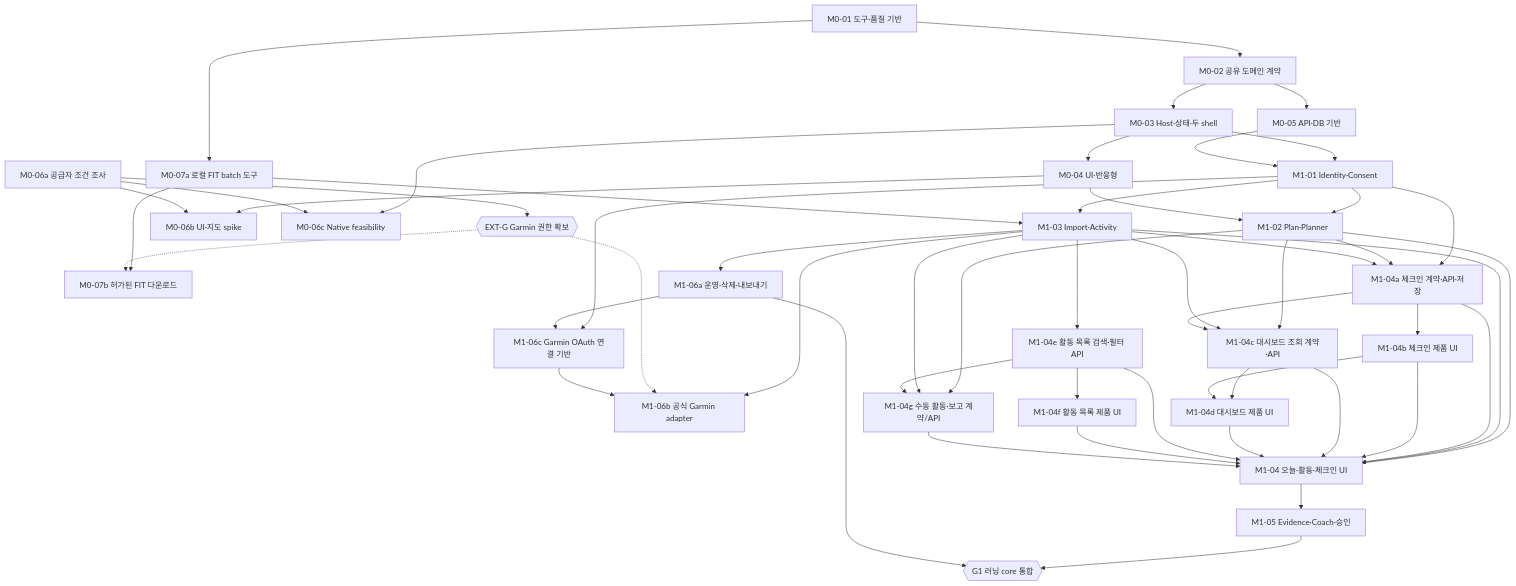
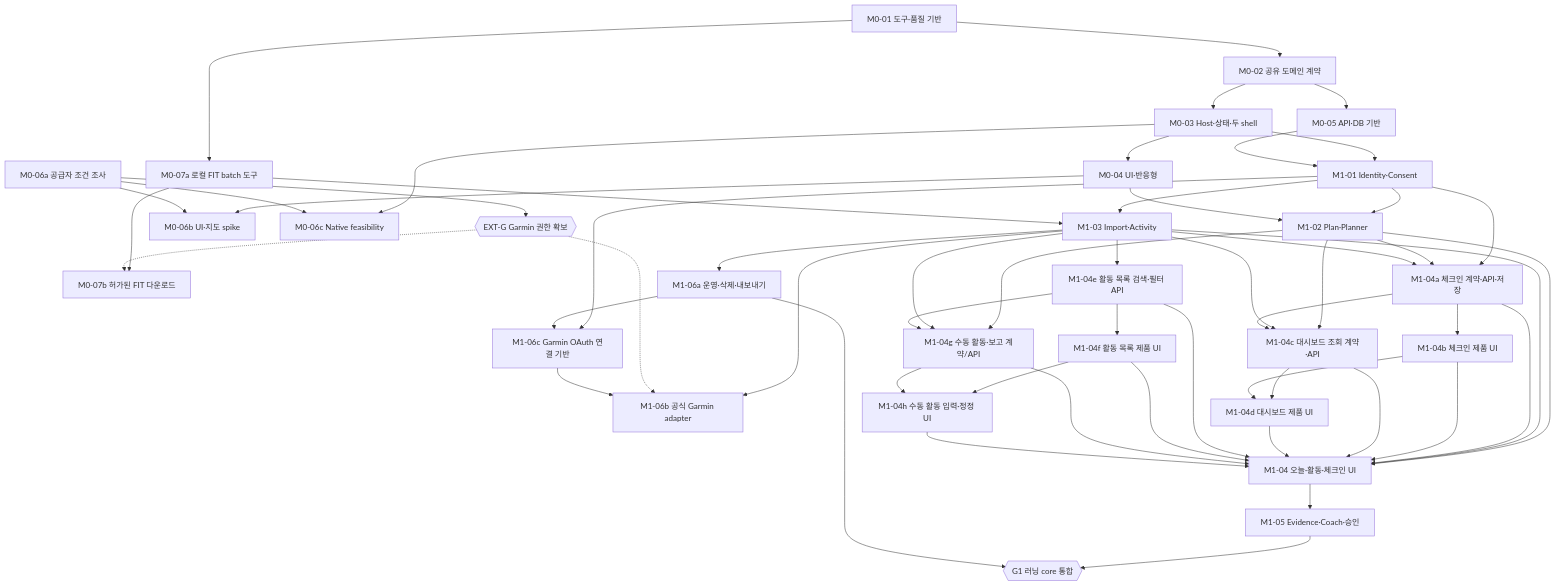
Before and after one commit to peacecheejecake/workout-manager: the first of 3 diagrams in docs/implementation/task-graph.md, drawn with Mermaid. The commit also changed other lines of this file and 18 other files, not shown here.

```diff
--- a/docs/implementation/task-graph.md
+++ b/docs/implementation/task-graph.md
@@ -85,6 +85,10 @@
     task13 --> manualActivity
     activityQuery --> manualActivity
     manualActivity --> task14
+    activityEditor["M1-04h 수동 활동 입력·정정 UI"]
+    activityBrowser --> activityEditor
+    manualActivity --> activityEditor
+    activityEditor --> task14
     task14 --> task15
     task13 --> task16
     task13 --> task17
```
